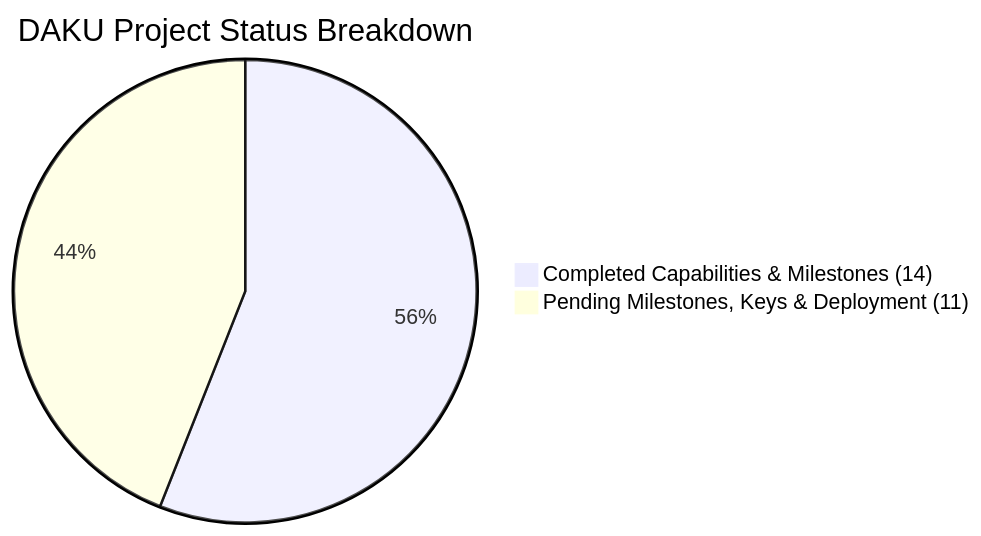
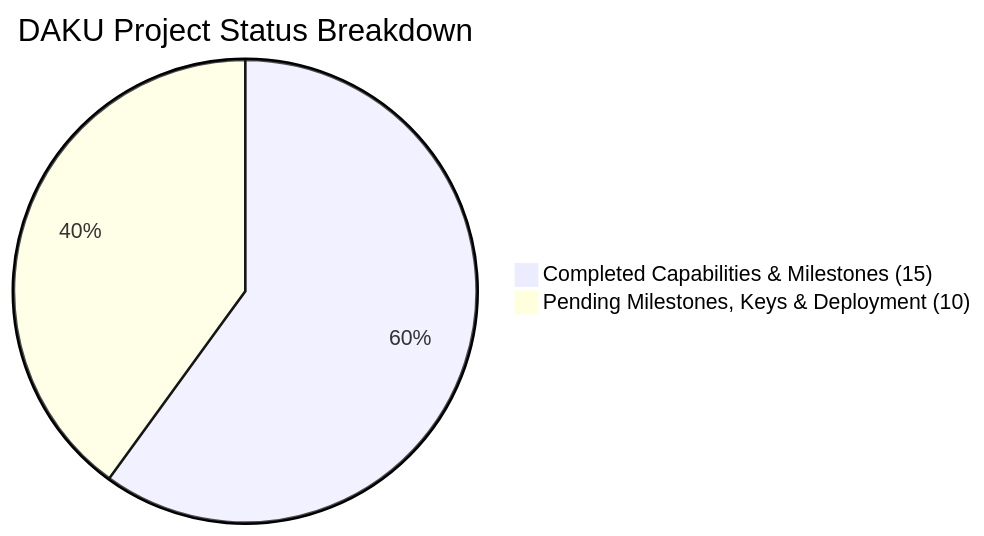
The diagram in docs/COMPLETED_AND_REMAINING_TASKS.md (tiwarianush07-oss/daku-ai), drawn with Mermaid before and after one commit. The commit also changed other lines of this file and 7 other files, not shown here.

````diff
--- a/docs/COMPLETED_AND_REMAINING_TASKS.md
+++ b/docs/COMPLETED_AND_REMAINING_TASKS.md
@@ -25,5 +25,5 @@
 ```mermaid
 pie title DAKU Project Status Breakdown
-    "Completed Capabilities & Milestones (14)" : 56
-    "Pending Milestones, Keys & Deployment (11)" : 44
+    "Completed Capabilities & Milestones (15)" : 60
+    "Pending Milestones, Keys & Deployment (10)" : 40
 ```
````
